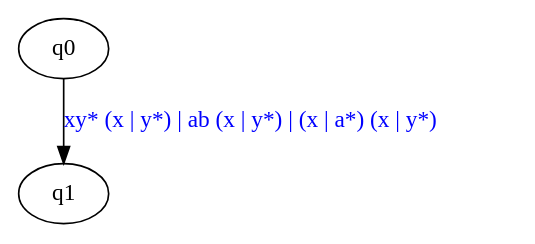
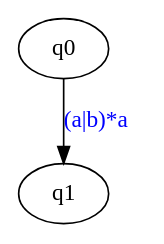
One commit to SmartPhoneJava/compiler-design changed the diagram in 1/assets/debug/aaa.dot. Above: the diagram before and after it, drawn with Graphviz. The commit also changed 33 other files, not shown here.

```diff
--- a/1/assets/debug/aaa.dot
+++ b/1/assets/debug/aaa.dot
@@ -1,6 +1,6 @@
 digraph G {
-	"q0"->"q1"[ label=<<font color="blue">xy* (x | y*) | ab (x | y*) | (x | a*) (x | y*)</font>> ];
+	"q0"->"q1"[ label=<<font color="blue">(a|b)*a</font>> ];
 	"q0";
 	"q1";
 
 }
```
